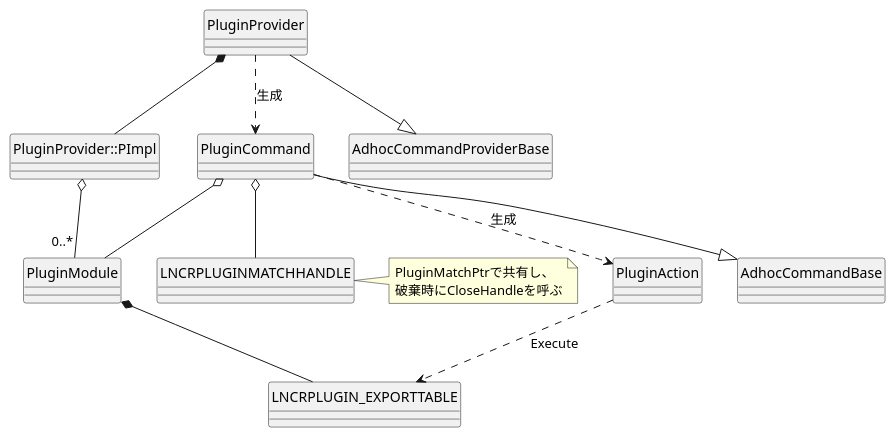
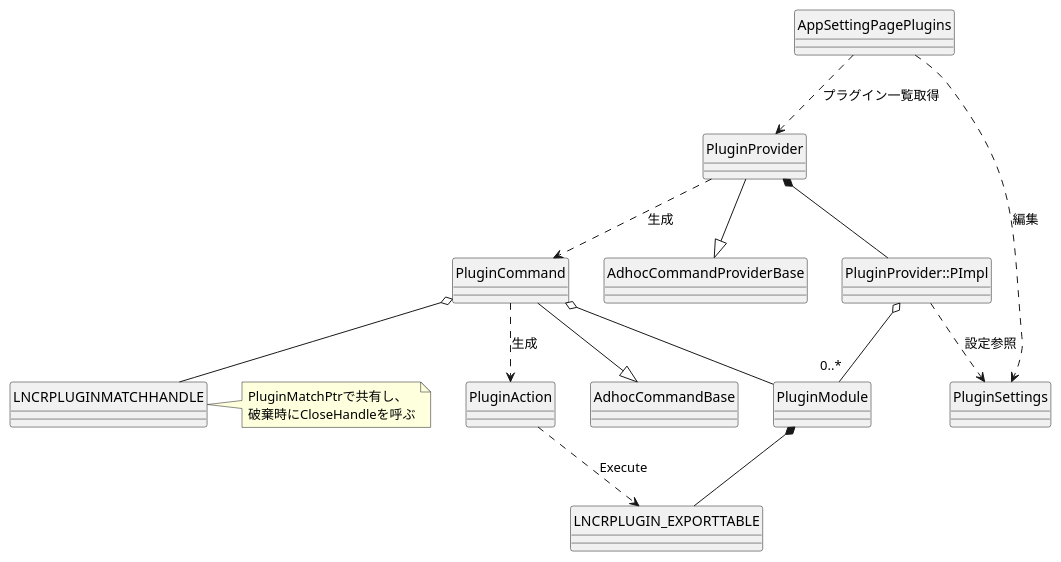
Before and after one commit to ampmmn/Soyokaze: the first of 3 diagrams in src/soyokaze/commands/plugin/README.md, drawn with PlantUML. The commit also changed other lines of this file and 15 other files, not shown here.

````diff
--- a/src/soyokaze/commands/plugin/README.md
+++ b/src/soyokaze/commands/plugin/README.md
@@ -16,31 +18,36 @@
 ```plantuml
 @startuml
 hide circle
 
 class PluginProvider
 class "PluginProvider::PImpl" as PluginProviderPImpl
 class PluginModule
 class PluginCommand
 class PluginAction
+class PluginSettings
+class AppSettingPagePlugins
 class "AdhocCommandProviderBase" as AdhocCommandProviderBase
 class "AdhocCommandBase" as AdhocCommandBase
 class "LNCRPLUGIN_EXPORTTABLE" as PluginExportTable
 class "LNCRPLUGINMATCHHANDLE" as PluginMatchHandle
 
 PluginProvider --|> AdhocCommandProviderBase
 PluginProvider *-- PluginProviderPImpl
 PluginProviderPImpl o-- "0..*" PluginModule
+PluginProviderPImpl ..> PluginSettings : 設定参照
 PluginModule *-- PluginExportTable
 PluginProvider ..> PluginCommand : 生成
 PluginCommand --|> AdhocCommandBase
 PluginCommand o-- PluginModule
 PluginCommand o-- PluginMatchHandle
 PluginCommand ..> PluginAction : 生成
 PluginAction ..> PluginExportTable : Execute
+AppSettingPagePlugins ..> PluginSettings : 編集
+AppSettingPagePlugins ..> PluginProvider : プラグイン一覧取得
 
 note right of PluginMatchHandle
 PluginMatchPtrで共有し、
 破棄時にCloseHandleを呼ぶ
 end note
 @enduml
 ```
````
